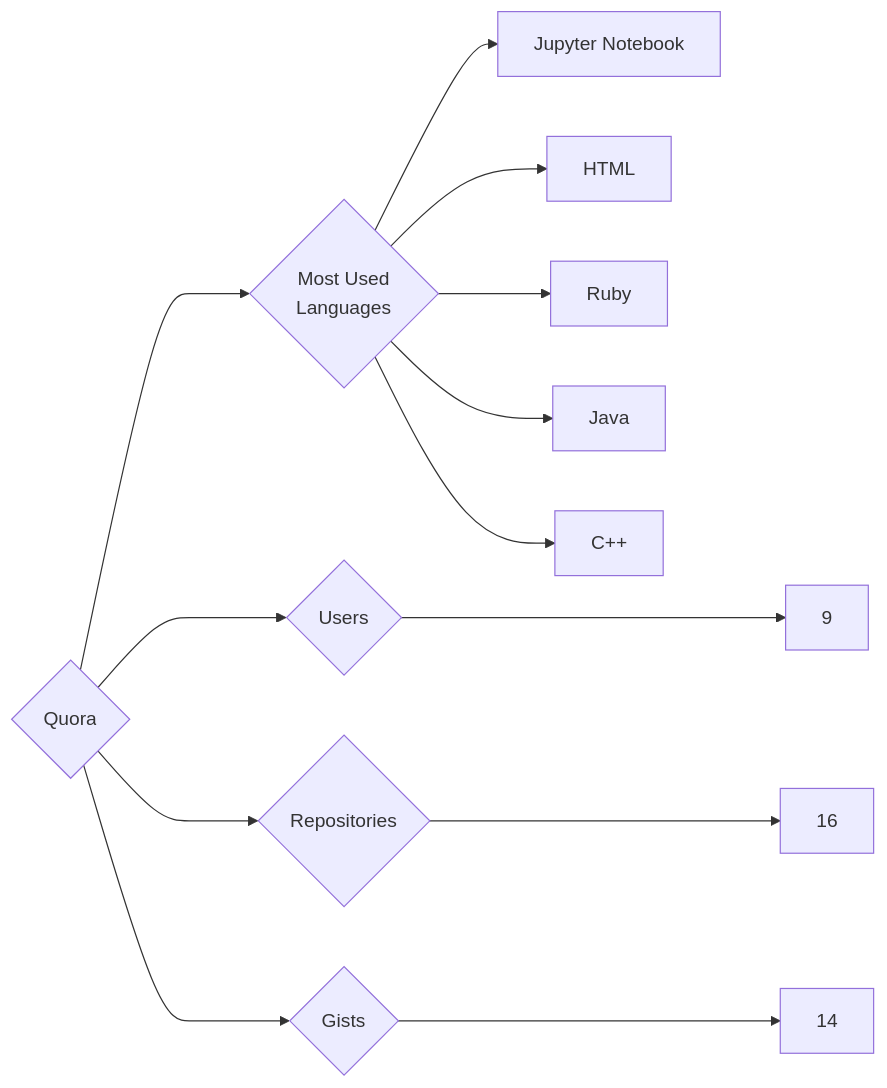
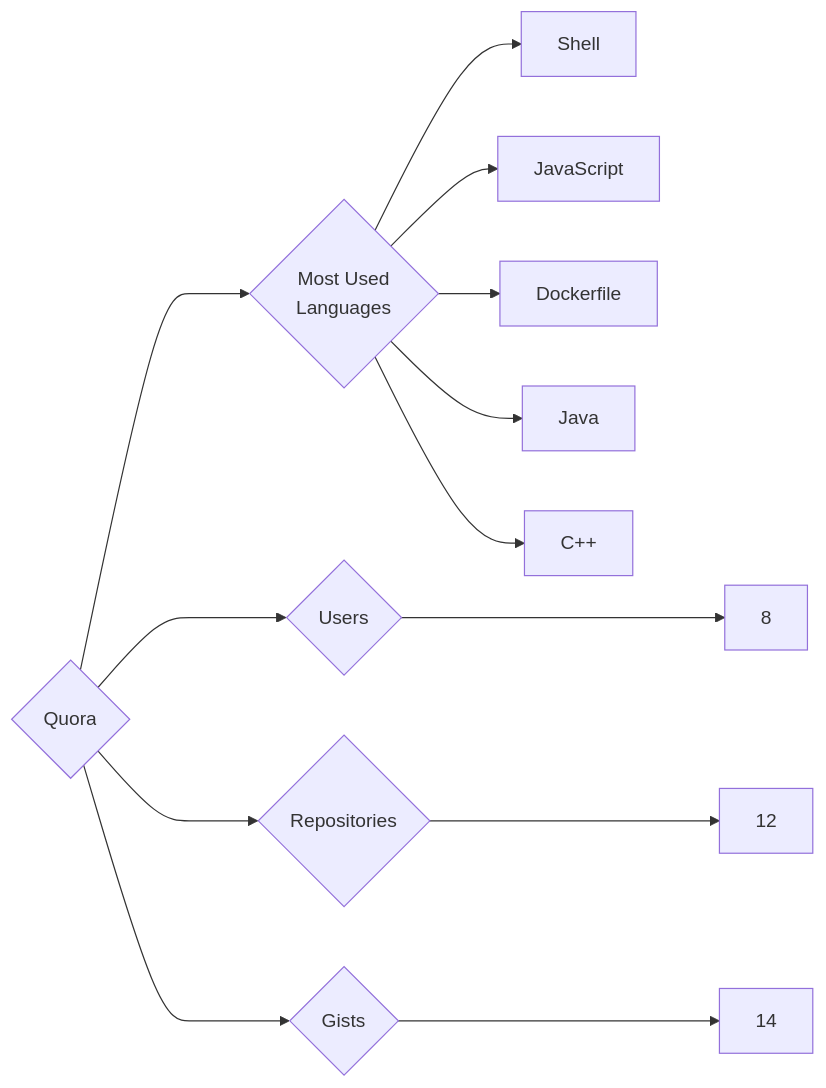
Before and after one commit to trickest/insiders: the diagram in targets/Quora/README.md, drawn with Mermaid. The commit also changed 715 other files, not shown here.

````diff
--- a/targets/Quora/README.md
+++ b/targets/Quora/README.md
@@ -3,13 +3,13 @@
 ```mermaid
 graph LR
 COMPANY_NAME{Quora}
-COMPANY_NAME ---> U{Users} ---> UN[9]
-COMPANY_NAME ---> R{Repositories} ---> RN[16]
+COMPANY_NAME ---> U{Users} ---> UN[8]
+COMPANY_NAME ---> R{Repositories} ---> RN[12]
 COMPANY_NAME ---> G{Gists} ---> GN[14]
 COMPANY_NAME ---> ML{Most Used<br>Languages}
-ML --> Jupyter_Notebook[Jupyter Notebook]
-ML --> HTML[HTML]
-ML --> Ruby[Ruby]
+ML --> Shell[Shell]
+ML --> JavaScript[JavaScript]
+ML --> Dockerfile[Dockerfile]
 ML --> Java[Java]
 ML --> C++[C++]
 ```
````
